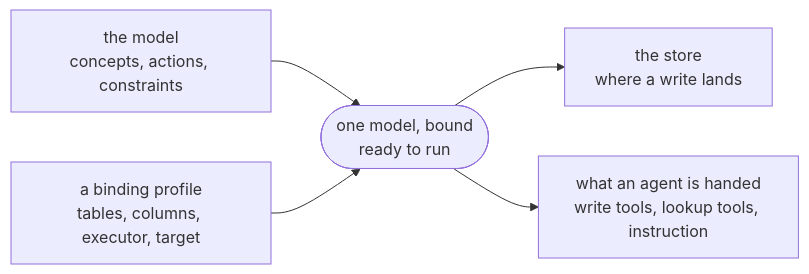
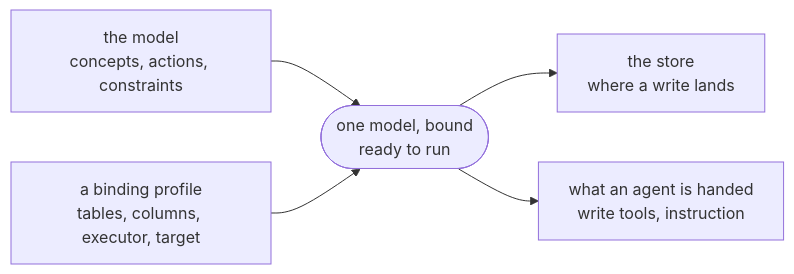
One commit to GoogleCloudPlatform/knowledge-catalog changed the diagram in toolbox/mdcode/docs/semantic-model/actions.md. Above: the diagram before and after it, drawn with Mermaid. The commit also changed other lines of this file and 12 other files, not shown here.

Commit message:
refactor(mdcode)!: remove entity lookup tools from agent tool derivation

````diff
--- a/toolbox/mdcode/docs/semantic-model/actions.md
+++ b/toolbox/mdcode/docs/semantic-model/actions.md
@@ -26,13 +26,13 @@
 ```mermaid
 graph LR
     M["the model<br>concepts, actions, constraints"]
     P["a binding profile<br>tables, columns, executor, target"]
     RT(["one model, bound<br>ready to run"])
     ST["the store<br>where a write lands"]
-    AG["what an agent is handed<br>write tools, lookup tools, instruction"]
+    AG["what an agent is handed<br>write tools, instruction"]
 
     M --> RT
     P --> RT
     RT --> ST
     RT --> AG
 ```
````
